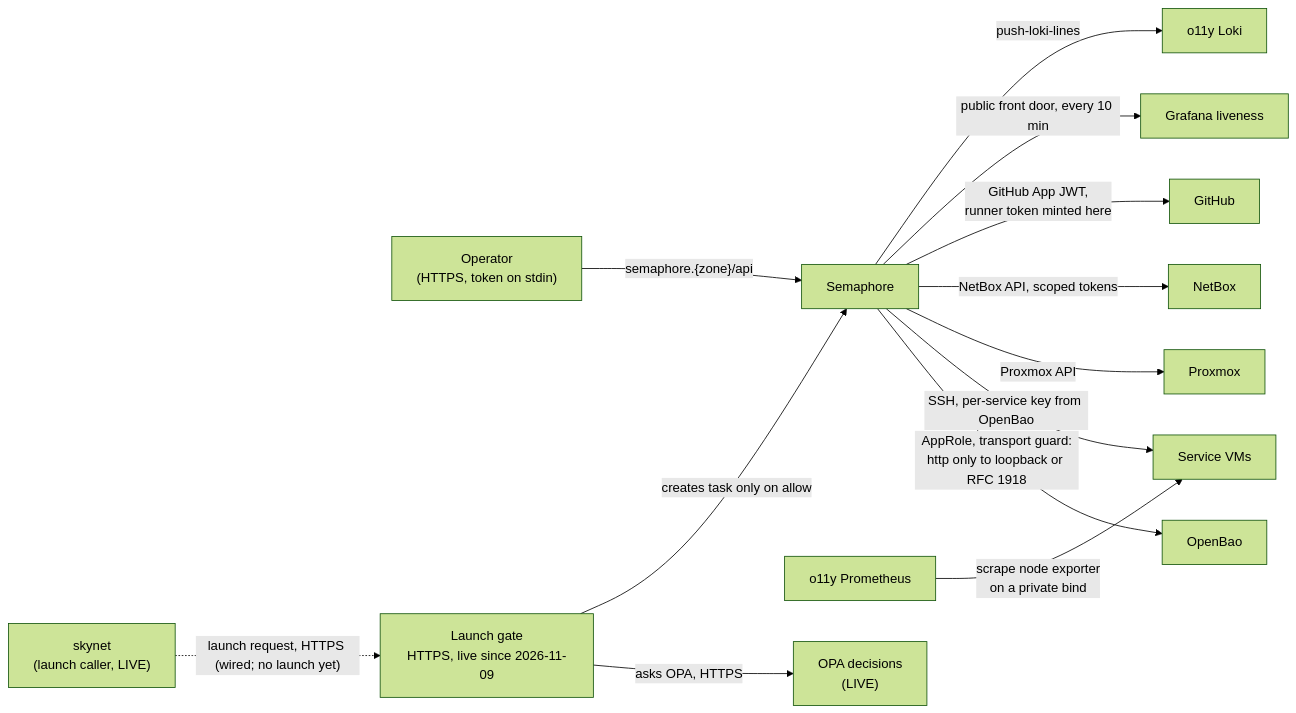
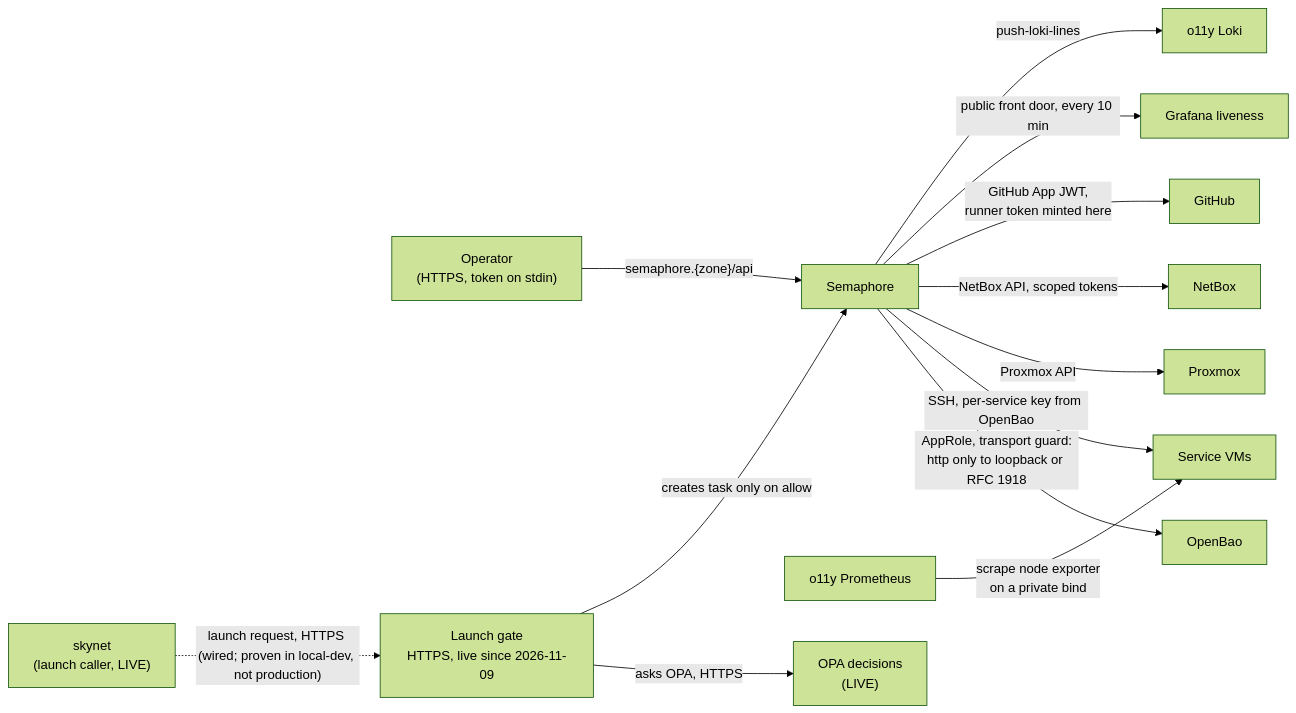
Before and after one commit to uhstray-io/agent-cloud: diagram 11 of 14 in plan/architecture/network-architecture.md, drawn with Mermaid (forest theme). The commit also changed other lines of this file and 3 other files, not shown here.

Commit message:
docs(launch-gate): align the remaining launch-status lines; note what the policy reads and what runs locally

````diff
--- a/plan/architecture/network-architecture.md
+++ b/plan/architecture/network-architecture.md
@@ -487,15 +487,15 @@
 ```mermaid
 flowchart LR
     OP["Operator<br/>(HTTPS, token on stdin)"] -->|"semaphore.{zone}/api"| SEM["Semaphore"]
     SEM -->|"AppRole, transport guard:<br/>http only to loopback or RFC 1918"| BAO["OpenBao"]
     SEM -->|"SSH, per-service key from OpenBao"| VMS["Service VMs"]
     SEM -->|"Proxmox API"| PVE["Proxmox"]
     SEM -->|"NetBox API, scoped tokens"| NB["NetBox"]
     SEM -->|"GitHub App JWT,<br/>runner token minted here"| GH["GitHub"]
     SEM -->|"public front door, every 10 min"| GRAF["Grafana liveness"]
     PROM["o11y Prometheus"] -->|"scrape node exporter<br/>on a private bind"| VMS
     SEM -->|"push-loki-lines"| LOKI["o11y Loki"]
-    SKY["skynet<br/>(launch caller, LIVE)"] -.->|"launch request, HTTPS (wired; no launch yet)"| LG["Launch gate<br/>HTTPS, live since 2026-11-09"]
+    SKY["skynet<br/>(launch caller, LIVE)"] -.->|"launch request, HTTPS (wired; proven in local-dev, not production)"| LG["Launch gate<br/>HTTPS, live since 2026-11-09"]
     LG -->|"asks OPA, HTTPS"| OPA["OPA decisions<br/>(LIVE)"]
     LG -->|"creates task only on allow"| SEM
 ```
````
